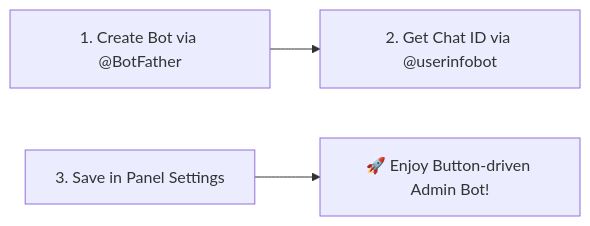
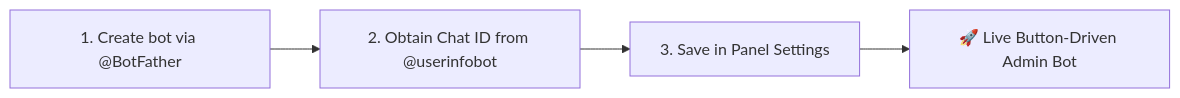
The first of 2 diagrams in README_EN.md (gholamilaptop123-dot/nyx), drawn with Mermaid before and after one commit. The commit also changed other lines of this file and 1 other file, not shown here.

````diff
--- a/README_EN.md
+++ b/README_EN.md
@@ -352,5 +216,6 @@
 ```mermaid
 graph LR
-    A["1. Create Bot via @BotFather"] --> B["2. Get Chat ID via @userinfobot"]
-    C["3. Save in Panel Settings"] --> D["🚀 Enjoy Button-driven Admin Bot!"]
+    A["1. Create bot via @BotFather"] --> B["2. Obtain Chat ID from @userinfobot"]
+    B --> C["3. Save in Panel Settings"]
+    C --> D["🚀 Live Button-Driven Admin Bot"]
 ```
````
